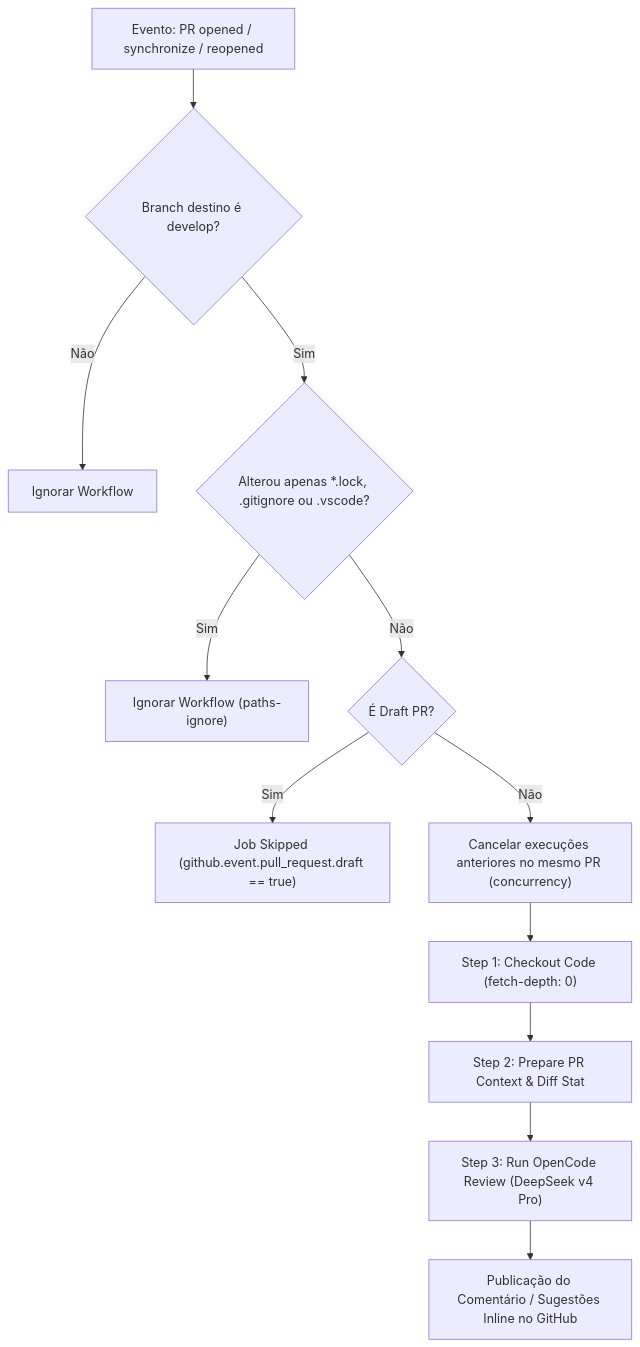
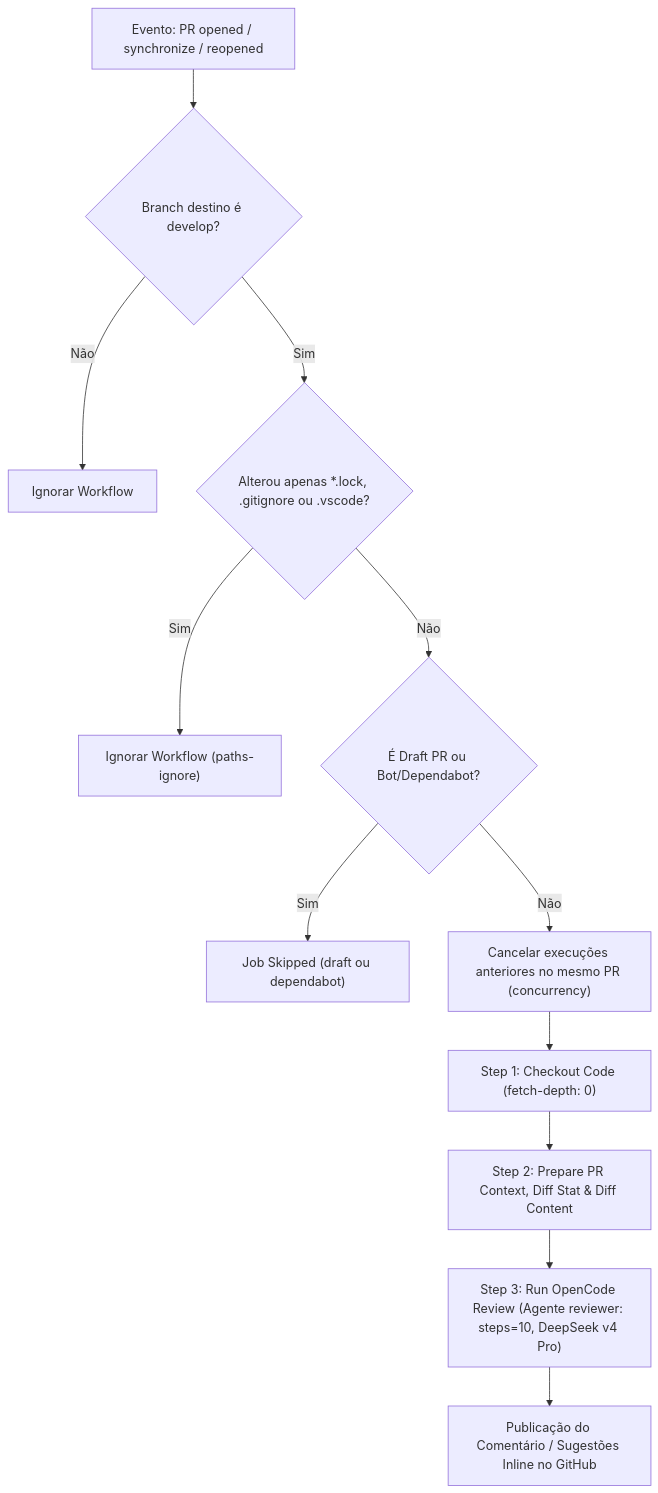
One commit to Rafaelp122/wedding_management changed the first of 2 diagrams in docs/reference/ci-cd/ai-code-review-spec.md. Above: the diagram before and after it, drawn with Mermaid. The commit also changed other lines of this file and 70 other files, not shown here.

````diff
--- a/docs/reference/ci-cd/ai-code-review-spec.md
+++ b/docs/reference/ci-cd/ai-code-review-spec.md
@@ -34,14 +34,14 @@
 ```mermaid
 flowchart TD
     A["Evento: PR opened / synchronize / reopened"] --> B{"Branch destino é develop?"}
     B -- Não --> C["Ignorar Workflow"]
     B -- Sim --> D{"Alterou apenas *.lock, .gitignore ou .vscode?"}
     D -- Sim --> E["Ignorar Workflow (paths-ignore)"]
-    D -- Não --> F{"É Draft PR?"}
-    F -- Sim --> G["Job Skipped (github.event.pull_request.draft == true)"]
+    D -- Não --> F{"É Draft PR ou Bot/Dependabot?"}
+    F -- Sim --> G["Job Skipped (draft ou dependabot)"]
     F -- Não --> H["Cancelar execuções anteriores no mesmo PR (concurrency)"]
     H --> I["Step 1: Checkout Code (fetch-depth: 0)"]
-    I --> J["Step 2: Prepare PR Context & Diff Stat"]
-    J --> K["Step 3: Run OpenCode Review (DeepSeek v4 Pro)"]
+    I --> J["Step 2: Prepare PR Context, Diff Stat & Diff Content"]
+    J --> K["Step 3: Run OpenCode Review (Agente reviewer: steps=10, DeepSeek v4 Pro)"]
     K --> L["Publicação do Comentário / Sugestões Inline no GitHub"]
 ```
````
